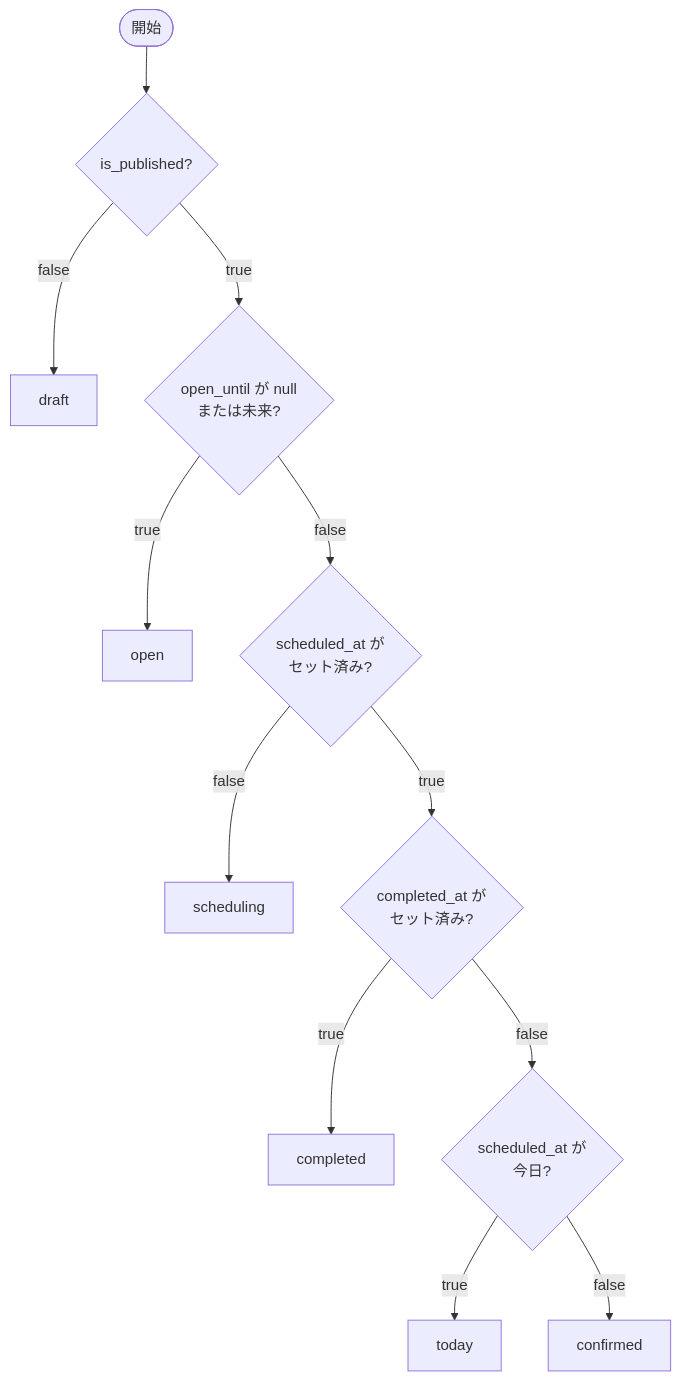
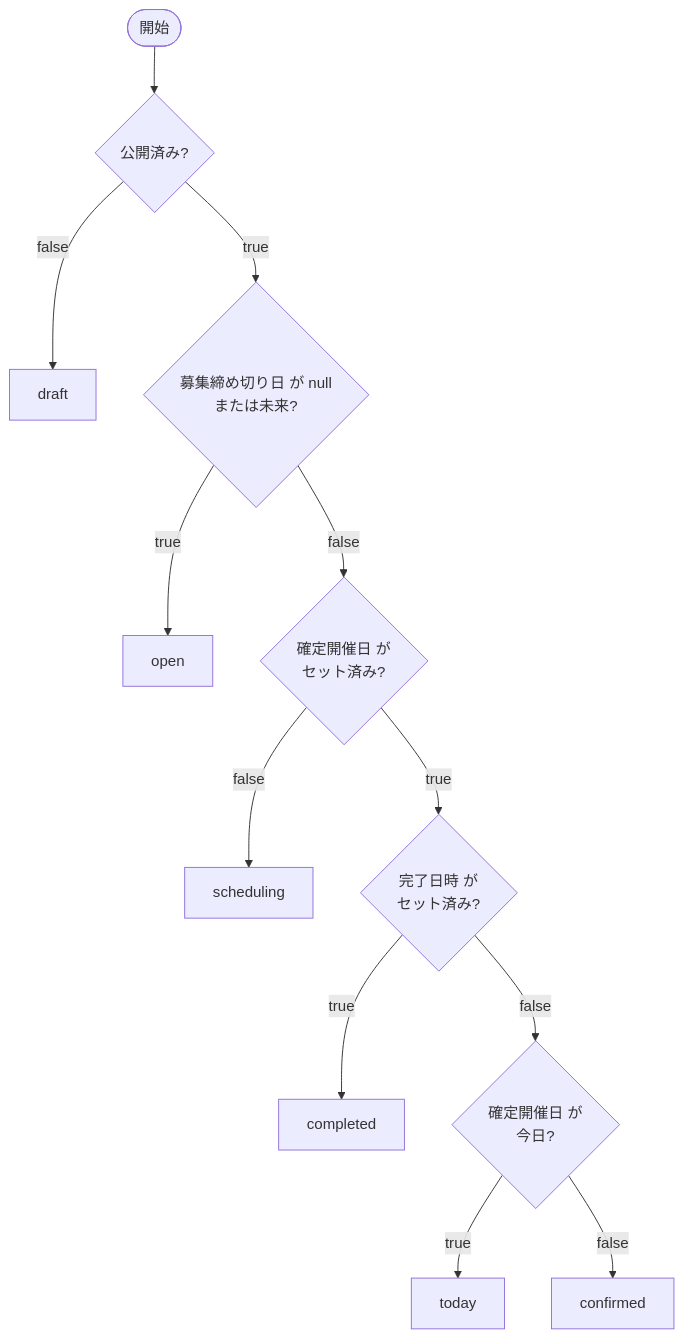
Before and after one commit to dot-ma801/taku-biyori: the diagram in docs/game-session-status.md, drawn with Mermaid. The commit also changed other lines of this file, not shown here.

````diff
--- a/docs/game-session-status.md
+++ b/docs/game-session-status.md
@@ -16,14 +16,14 @@
 ```mermaid
 flowchart TD
-    A([開始]) --> B{is_published?}
+    A([開始]) --> B{公開済み?}
     B -- false --> DRAFT[draft]
-    B -- true --> C{open_until が null\nまたは未来?}
+    B -- true --> C{募集締め切り日 が null\nまたは未来?}
     C -- true --> OPEN[open]
-    C -- false --> D{scheduled_at が\nセット済み?}
+    C -- false --> D{確定開催日 が\nセット済み?}
     D -- false --> SCHEDULING[scheduling]
-    D -- true --> E{completed_at が\nセット済み?}
+    D -- true --> E{完了日時 が\nセット済み?}
     E -- true --> COMPLETED[completed]
-    E -- false --> F{scheduled_at が\n今日?}
+    E -- false --> F{確定開催日 が\n今日?}
     F -- true --> TODAY[today]
     F -- false --> CONFIRMED[confirmed]
 ```
````
